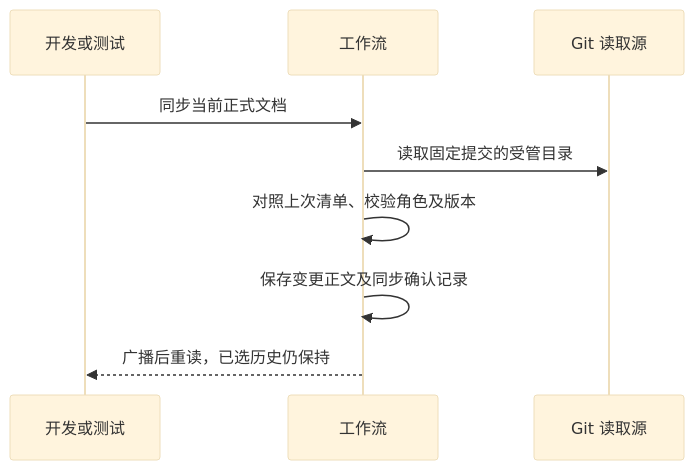
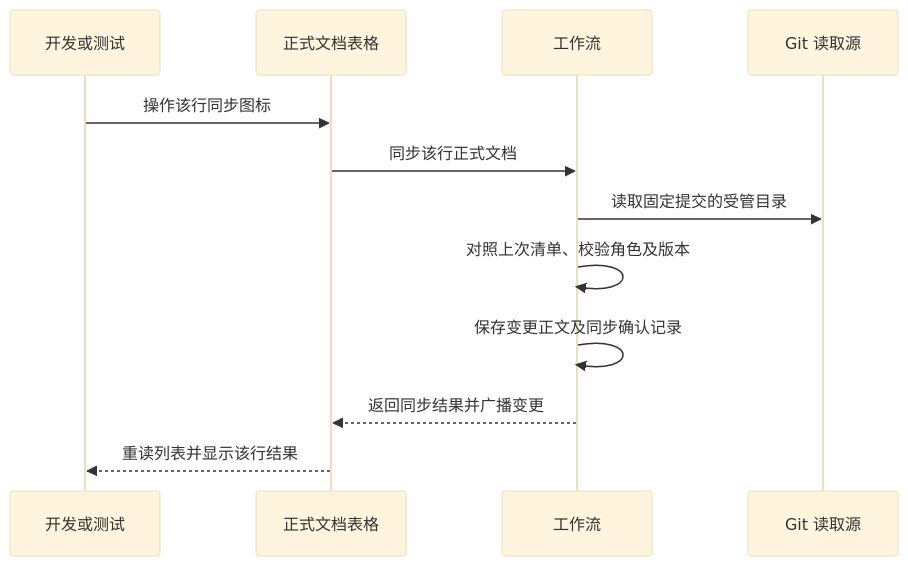
The second of 3 diagrams in docs/specs/aireq/tracking.md (jchanghong023/ZCode), drawn with Mermaid (base theme) before and after one commit. The commit also changed other lines of this file and 55 other files, not shown here.

````diff
--- a/docs/specs/aireq/tracking.md
+++ b/docs/specs/aireq/tracking.md
@@ -36,11 +38,14 @@
 ```mermaid
 sequenceDiagram
   participant U as 开发或测试
+  participant UI as 正式文档表格
   participant W as 工作流
   participant G as Git 读取源
-  U->>W: 同步当前正式文档
+  U->>UI: 操作该行同步图标
+  UI->>W: 同步该行正式文档
   W->>G: 读取固定提交的受管目录
   W->>W: 对照上次清单、校验角色及版本
   W->>W: 保存变更正文及同步确认记录
-  W-->>U: 广播后重读，已选历史仍保持
+  W-->>UI: 返回同步结果并广播变更
+  UI-->>U: 重读列表并显示该行结果
 ```
````
